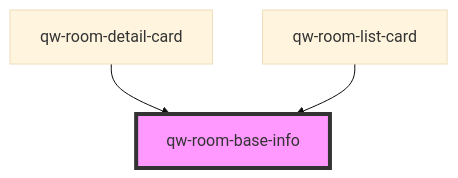
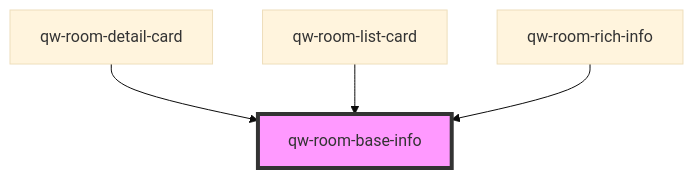
The diagram in src/components/qw-room-base-info/readme.md (qwentes-team/qw-hotels), drawn with Mermaid (base theme) before and after one commit. The commit also changed other lines of this file and 8 other files, not shown here.

Commit message:
feat(room-rich-info): component

````diff
--- a/src/components/qw-room-base-info/readme.md
+++ b/src/components/qw-room-base-info/readme.md
@@ -26,6 +27,7 @@
 ```mermaid
 graph TD;
   qw-room-detail-card --> qw-room-base-info
   qw-room-list-card --> qw-room-base-info
+  qw-room-rich-info --> qw-room-base-info
   style qw-room-base-info fill:#f9f,stroke:#333,stroke-width:4px
 ```
````
